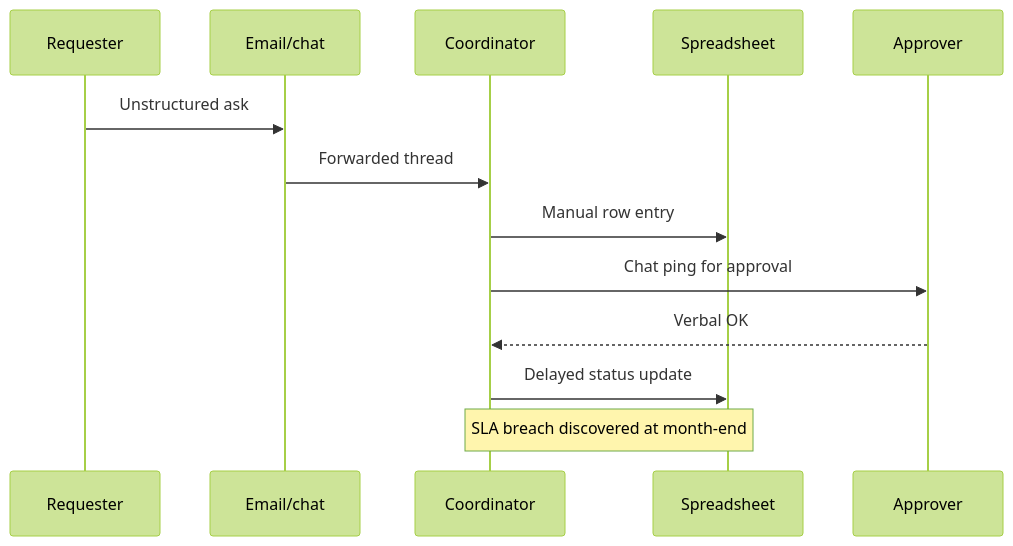
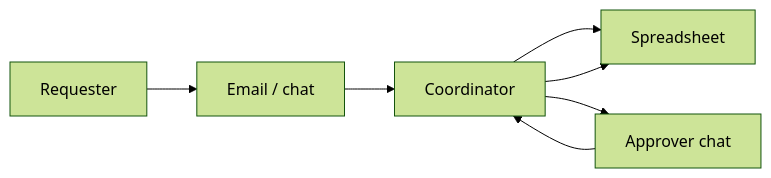
Before and after one commit to jah-guide/flowgate: the first of 2 diagrams in docs/05-process-as-is-to-be.md, drawn with Mermaid (forest theme). The commit also changed other lines of this file, not shown here.

Commit message:
docs: simplify as-is and to-be process diagrams

````diff
--- a/docs/05-process-as-is-to-be.md
+++ b/docs/05-process-as-is-to-be.md
@@ -13,16 +11,9 @@
 ```mermaid
-sequenceDiagram
-  participant R as Requester
-  participant E as Email/chat
-  participant C as Coordinator
-  participant S as Spreadsheet
-  participant A as Approver
-
-  R->>E: Unstructured ask
-  E->>C: Forwarded thread
-  C->>S: Manual row entry
-  C->>A: Chat ping for approval
-  A-->>C: Verbal OK
-  C->>S: Delayed status update
-  Note over C,S: SLA breach discovered at month-end
+flowchart LR
+  R[Requester] --> E[Email / chat]
+  E --> C[Coordinator]
+  C --> S[Spreadsheet]
+  C --> A[Approver chat]
+  A --> C
+  C --> S
 ```
````
